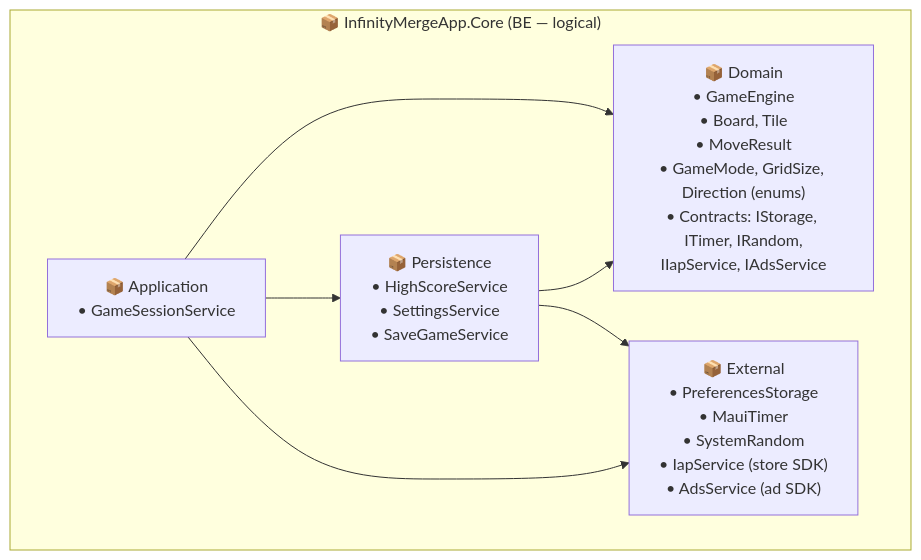
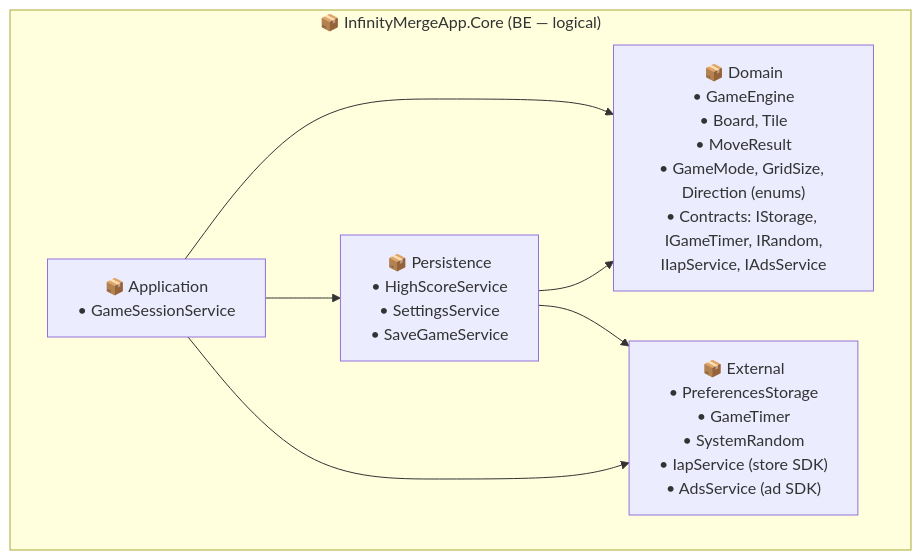
One commit to LeThaiAn15112004/2048-Infinity-Merge changed the fourth of 9 diagrams in Docs/software_design.md. Above: the diagram before and after it, drawn with Mermaid. The commit also changed other lines of this file and 12 other files, not shown here.

````diff
--- a/Docs/software_design.md
+++ b/Docs/software_design.md
@@ -160,15 +160,15 @@
 ```mermaid
 flowchart TB
     subgraph BE["📦 InfinityMergeApp.Core (BE — logical)"]
         AppPkg["📦 Application<br/>• GameSessionService"]
-        DomainPkg["📦 Domain<br/>• GameEngine<br/>• Board, Tile<br/>• MoveResult<br/>• GameMode, GridSize, Direction (enums)<br/>• Contracts: IStorage, ITimer, IRandom,<br/>IIapService, IAdsService"]
+        DomainPkg["📦 Domain<br/>• GameEngine<br/>• Board, Tile<br/>• MoveResult<br/>• GameMode, GridSize, Direction (enums)<br/>• Contracts: IStorage, IGameTimer, IRandom,<br/>IIapService, IAdsService"]
         PersistPkg["📦 Persistence<br/>• HighScoreService<br/>• SettingsService<br/>• SaveGameService"]
-        InfraPkg["📦 External<br/>• PreferencesStorage<br/>• MauiTimer<br/>• SystemRandom<br/>• IapService (store SDK)<br/>• AdsService (ad SDK)"]
+        InfraPkg["📦 External<br/>• PreferencesStorage<br/>• GameTimer<br/>• SystemRandom<br/>• IapService (store SDK)<br/>• AdsService (ad SDK)"]
     end
 
     AppPkg --> DomainPkg
     AppPkg --> PersistPkg
     AppPkg --> InfraPkg
     PersistPkg --> DomainPkg
     PersistPkg --> InfraPkg
 ```
````
